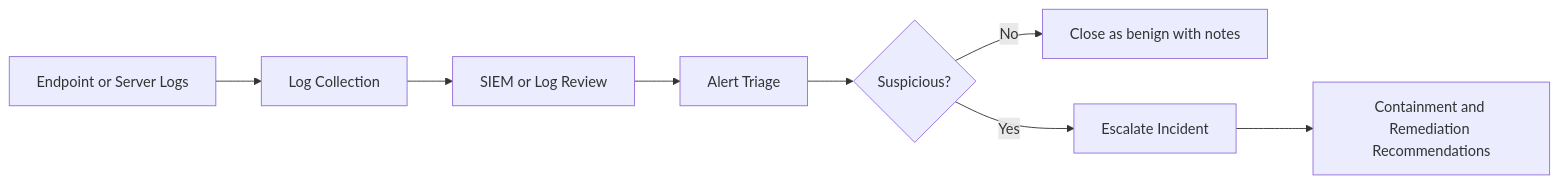
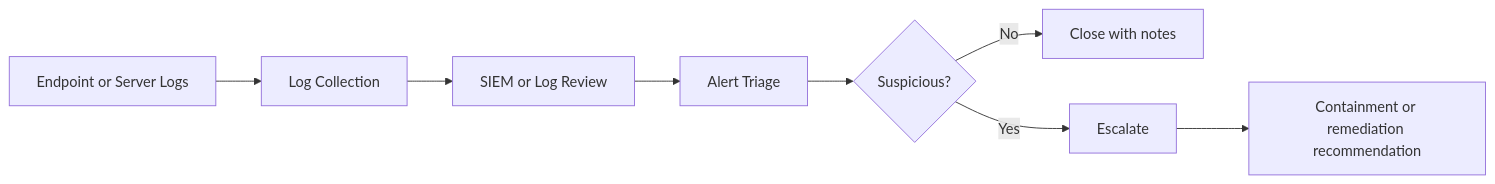
The diagram in labs/soc-home-lab/README.md (wilsonvs/cybersecurity-portfolio), drawn with Mermaid before and after one commit. The commit also changed other lines of this file, not shown here.

````diff
--- a/labs/soc-home-lab/README.md
+++ b/labs/soc-home-lab/README.md
@@ -21,10 +9,10 @@
 ```mermaid
 flowchart LR
     A[Endpoint or Server Logs] --> B[Log Collection]
     B --> C[SIEM or Log Review]
     C --> D[Alert Triage]
     D --> E{Suspicious?}
-    E -->|No| F[Close as benign with notes]
-    E -->|Yes| G[Escalate Incident]
-    G --> H[Containment and Remediation Recommendations]
+    E -->|No| F[Close with notes]
+    E -->|Yes| G[Escalate]
+    G --> H[Containment or remediation recommendation]
 ```
````
